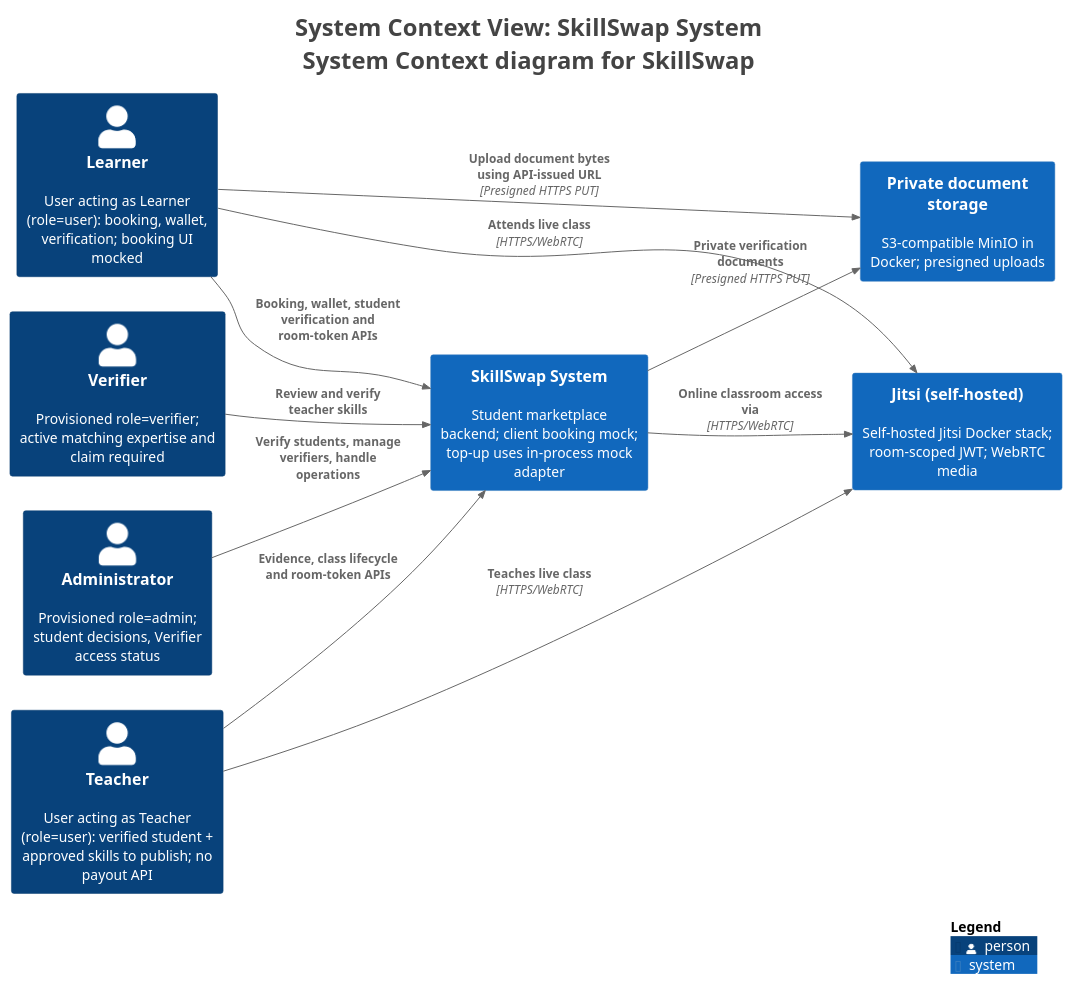
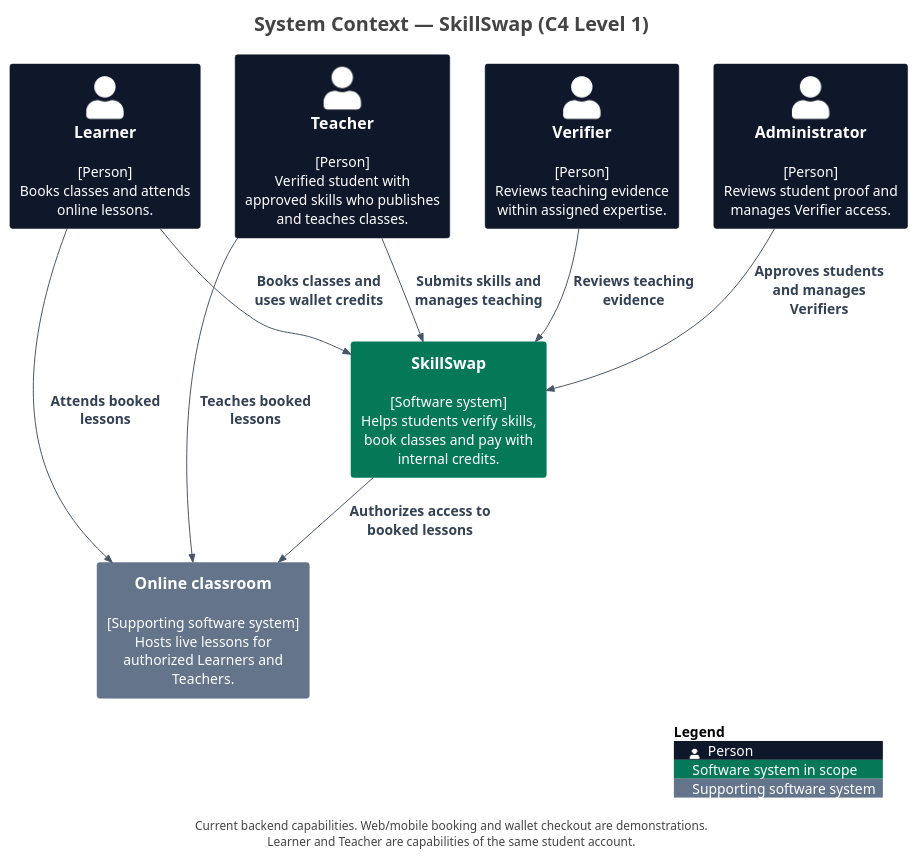
The diagram in docs/diagrams/c4/source/structurizr-SystemContext.puml (trankien022/SkillSwap), drawn with PlantUML before and after one commit. The commit also changed 62 other files, not shown here.

First line of the commit message:
docs(diagrams): refresh diagrams against current code

```diff
--- a/docs/diagrams/c4/source/structurizr-SystemContext.puml
+++ b/docs/diagrams/c4/source/structurizr-SystemContext.puml
@@ -1,37 +1,52 @@
 @startuml
-title <size:24>System Context View: SkillSwap System</size>\n<size:24>System Context diagram for SkillSwap</size>
+title System Context — SkillSwap (C4 Level 1)
 
 set separator none
-left to right direction
+top to bottom direction
 
 <style>
   root {
     BackgroundColor: #ffffff
     FontColor: #444444
   }
 </style>
 
 !include <C4/C4>
 !include <C4/C4_Context>
 
-Person(Learner, "Learner", $descr="User acting as Learner (role=user): booking, wallet, verification; booking UI mocked", $tags="", $link="")
-System(Privatedocumentstorage, "Private document storage", $descr="S3-compatible MinIO in Docker; presigned uploads", $tags="", $link="")
-System(Jitsiselfhosted, "Jitsi (self-hosted)", $descr="Self-hosted Jitsi Docker stack; room-scoped JWT; WebRTC media", $tags="", $link="")
-Person(Teacher, "Teacher", $descr="User acting as Teacher (role=user): verified student + approved skills to publish; no payout API", $tags="", $link="")
-Person(Verifier, "Verifier", $descr="Provisioned role=verifier; active matching expertise and claim required", $tags="", $link="")
-Person(Administrator, "Administrator", $descr="Provisioned role=admin; student decisions, Verifier access status", $tags="", $link="")
-System(SkillSwapSystem, "SkillSwap System", $descr="Student marketplace backend; client booking mock; top-up uses in-process mock adapter", $tags="", $link="")
+' Presentation only: model elements and relationships come from workspace.dsl.
+skinparam defaultFontName Arial
+skinparam defaultFontSize 14
+skinparam shadowing false
+skinparam nodesep 35
+skinparam ranksep 45
+skinparam footerFontSize 12
+skinparam titleFontSize 20
+UpdateElementStyle("person", $bgColor="#0F172A", $fontColor="#FFFFFF", $borderColor="#0F172A", $legendText="Person")
+UpdateElementStyle("system", $bgColor="#047857", $fontColor="#FFFFFF", $borderColor="#047857", $legendText="Software system in scope")
+UpdateElementStyle("external_system", $bgColor="#64748B", $fontColor="#FFFFFF", $borderColor="#64748B", $legendText="Supporting software system")
+UpdateElementStyle("container", $bgColor="#047857", $fontColor="#FFFFFF", $borderColor="#047857", $legendText="Application or data store")
+UpdateRelStyle($lineColor="#475569", $textColor="#334155")
+AddElementTag("Demo", $bgColor="#F1F5F9", $fontColor="#0F172A", $borderColor="#64748B", $legendText="Demonstration client (local booking data)")
 
-Rel(Learner, SkillSwapSystem, "Booking, wallet, student verification and room-token APIs", $techn="", $tags="", $link="")
-Rel(Teacher, SkillSwapSystem, "Evidence, class lifecycle and room-token APIs", $techn="", $tags="", $link="")
-Rel(Verifier, SkillSwapSystem, "Review and verify teacher skills", $techn="", $tags="", $link="")
-Rel(Administrator, SkillSwapSystem, "Verify students, manage verifiers, handle operations", $techn="", $tags="", $link="")
-Rel(Learner, Privatedocumentstorage, "Upload document bytes using API-issued URL", $techn="Presigned HTTPS PUT", $tags="", $link="")
-Rel(Teacher, Jitsiselfhosted, "Teaches live class", $techn="HTTPS/WebRTC", $tags="", $link="")
-Rel(Learner, Jitsiselfhosted, "Attends live class", $techn="HTTPS/WebRTC", $tags="", $link="")
-Rel(SkillSwapSystem, Jitsiselfhosted, "Online classroom access via", $techn="HTTPS/WebRTC", $tags="", $link="")
-Rel(SkillSwapSystem, Privatedocumentstorage, "Private verification documents", $techn="Presigned HTTPS PUT", $tags="", $link="")
+together {
+  Person(Learner, "Learner", $descr="[Person]\nBooks classes and attends online lessons.", $tags="", $link="")
+  Person(Teacher, "Teacher", $descr="[Person]\nVerified student with approved skills who publishes and teaches classes.", $tags="", $link="")
+  Person(Verifier, "Verifier", $descr="[Person]\nReviews teaching evidence within assigned expertise.", $tags="", $link="")
+  Person(Administrator, "Administrator", $descr="[Person]\nReviews student proof and manages Verifier access.", $tags="", $link="")
+}
 
-SHOW_LEGEND(true)
-hide stereotypes
+System_Ext(Onlineclassroom, "Online classroom", $descr="[Supporting software system]\nHosts live lessons for authorized Learners and Teachers.", $tags="", $link="")
+System(SkillSwap, "SkillSwap", $descr="[Software system]\nHelps students verify skills, book classes and pay with internal credits.", $tags="", $link="")
+
+Rel(Learner, SkillSwap, "Books classes and uses wallet credits")
+Rel(Teacher, SkillSwap, "Submits skills and manages teaching")
+Rel(Verifier, SkillSwap, "Reviews teaching evidence")
+Rel(Administrator, SkillSwap, "Approves students and manages Verifiers")
+Rel(SkillSwap, Onlineclassroom, "Authorizes access to booked lessons")
+Rel(Learner, Onlineclassroom, "Attends booked lessons")
+Rel(Teacher, Onlineclassroom, "Teaches booked lessons")
+
+SHOW_LEGEND()
+footer Current backend capabilities. Web/mobile booking and wallet checkout are demonstrations.\nLearner and Teacher are capabilities of the same student account.
 @enduml
```
